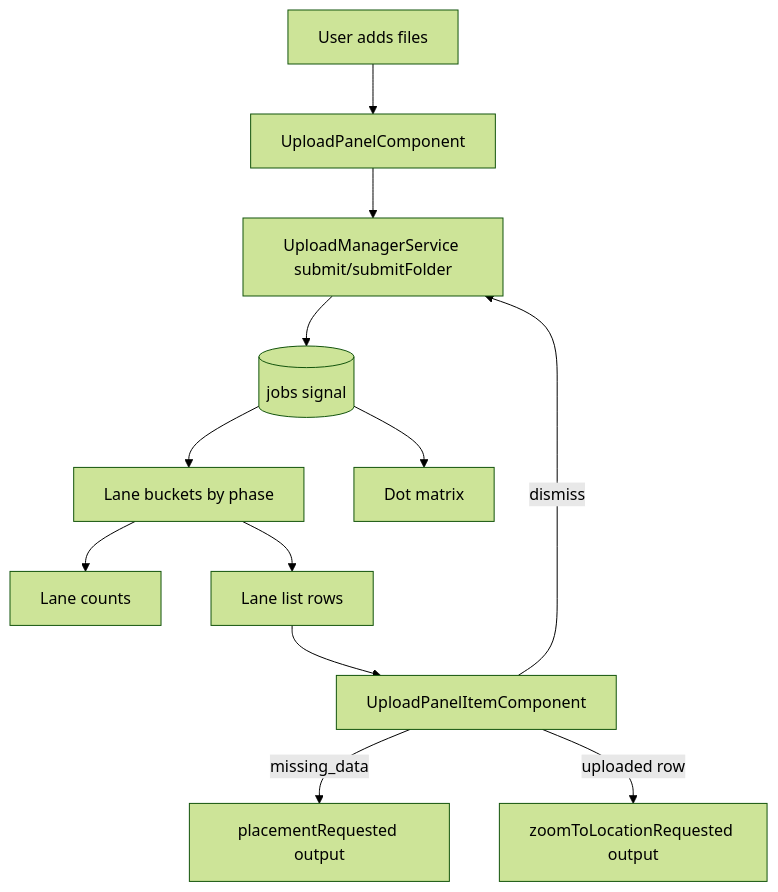
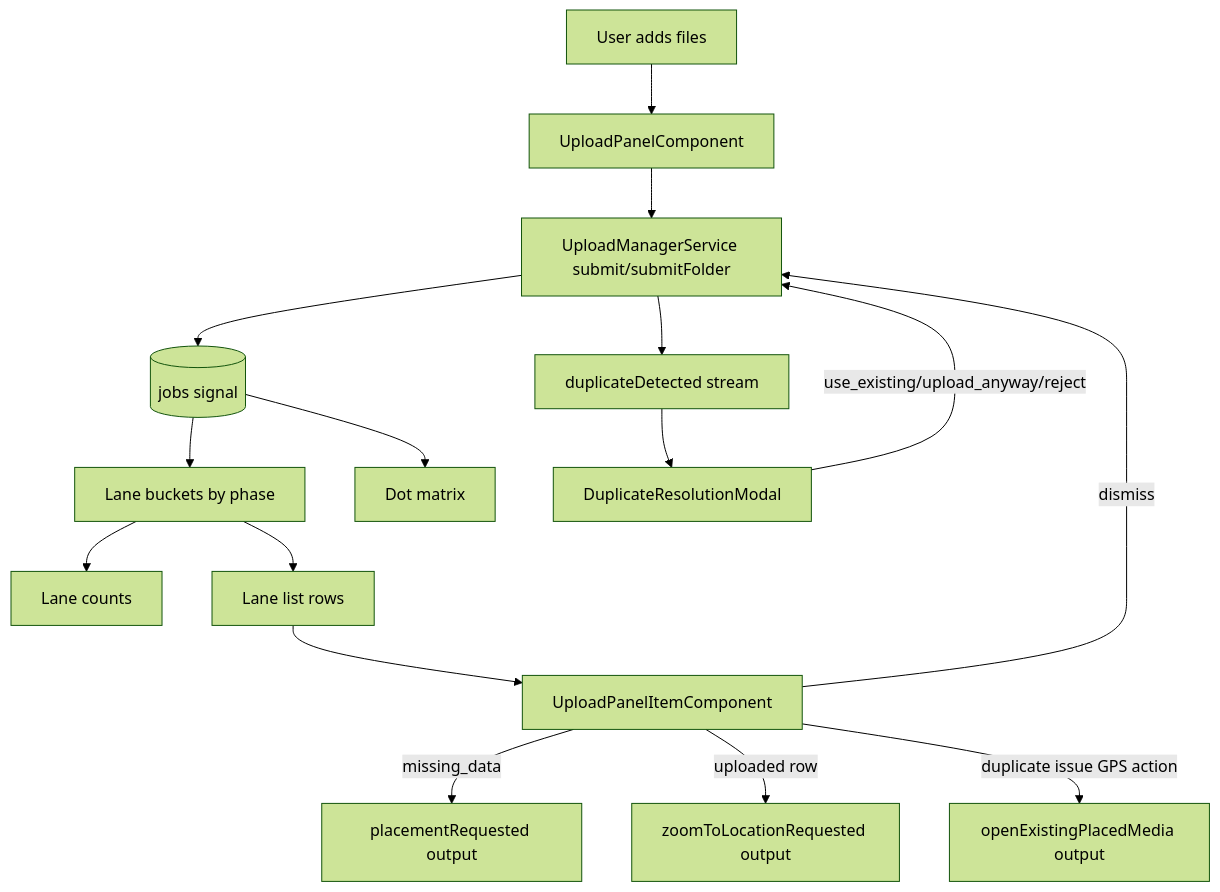
One commit to matkleve/feldpost changed the first of 3 diagrams in docs/element-specs/upload-panel.md. Above: the diagram before and after it, drawn with Mermaid (forest theme). The commit also changed other lines of this file and 20 other files, not shown here.

````diff
--- a/docs/element-specs/upload-panel.md
+++ b/docs/element-specs/upload-panel.md
@@ -81,14 +89,18 @@
 ```mermaid
 flowchart TD
   U[User adds files] --> P[UploadPanelComponent]
   P --> M[UploadManagerService submit/submitFolder]
   M --> J[(jobs signal)]
+  M --> DD[duplicateDetected stream]
   J --> B[Lane buckets by phase]
   B --> C[Lane counts]
   B --> L[Lane list rows]
   J --> D[Dot matrix]
   L --> I[UploadPanelItemComponent]
   I -->|missing_data| R[placementRequested output]
   I -->|uploaded row| Z[zoomToLocationRequested output]
+  I -->|duplicate issue GPS action| Z2[openExistingPlacedMedia output]
+  DD --> DM[DuplicateResolutionModal]
+  DM -->|use_existing/upload_anyway/reject| M
   I -->|dismiss| M
 ```
````
